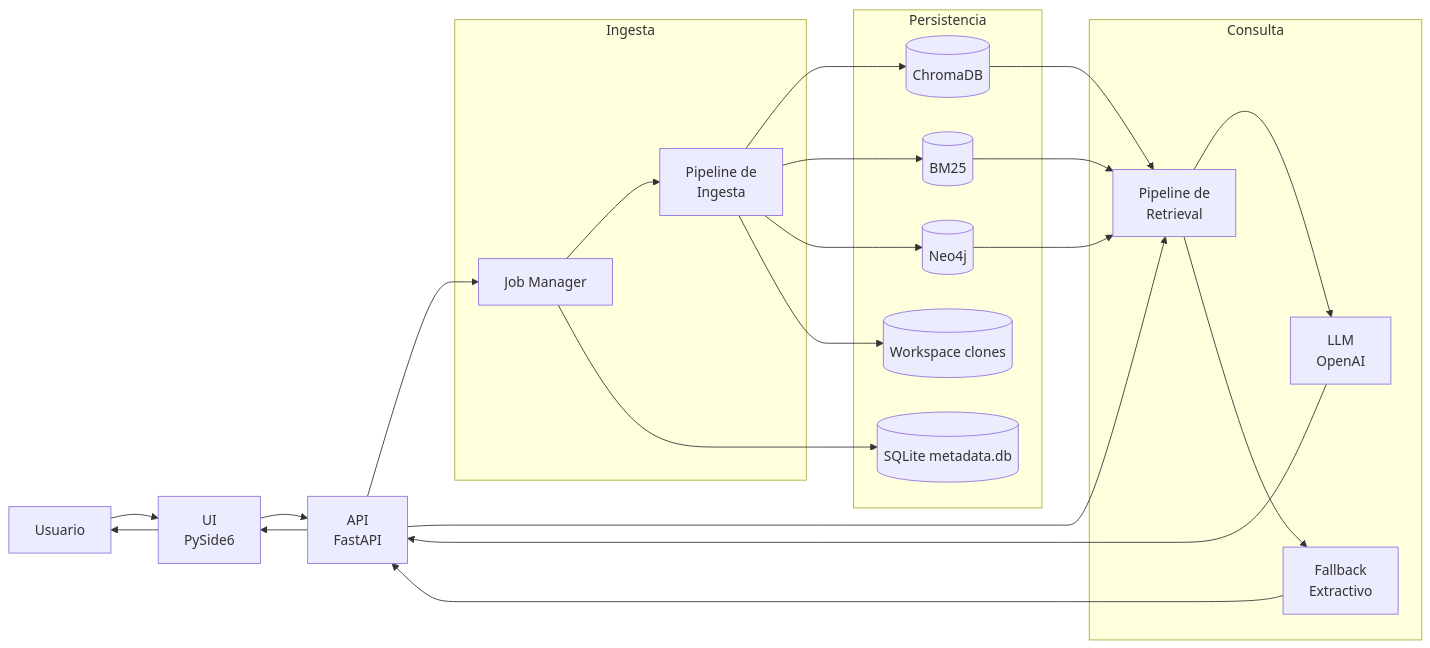
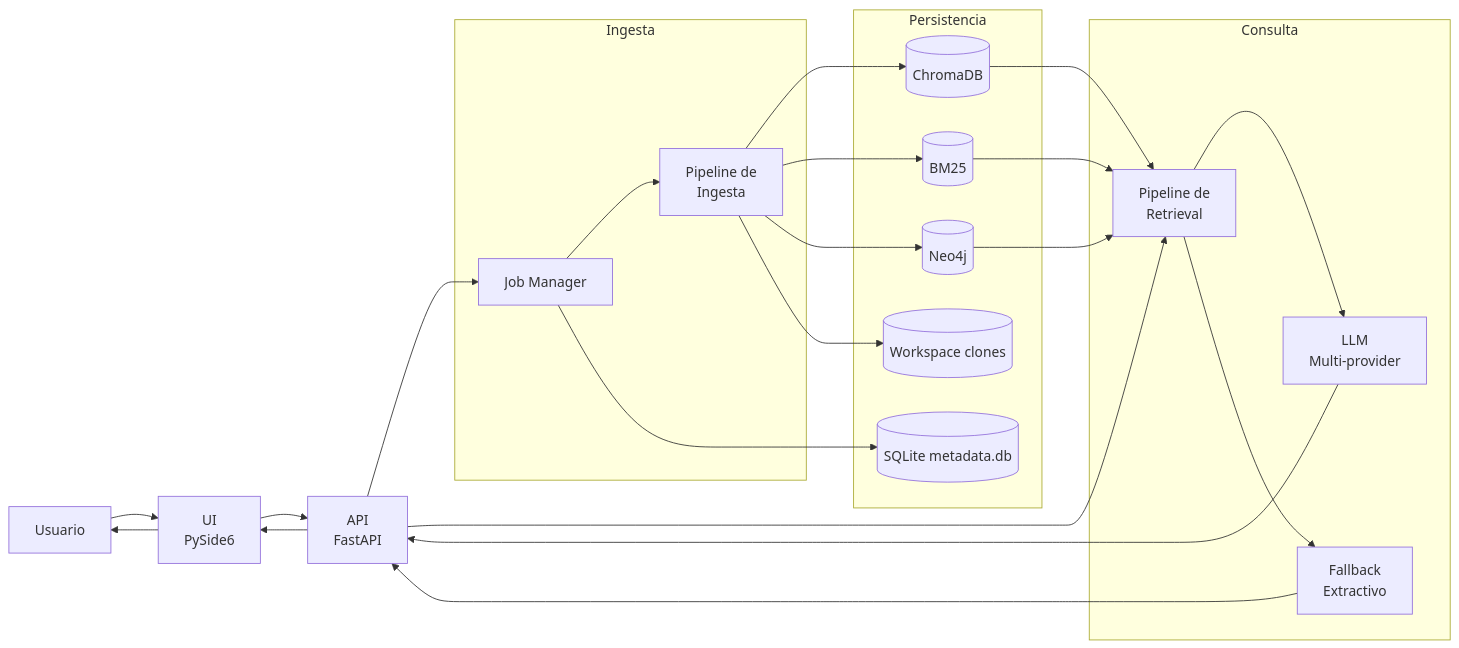
Before and after one commit to gherrerz/KDB-RAG-Repo: the first of 3 diagrams in README.md, drawn with Mermaid. The commit also changed other lines of this file and 1 other file, not shown here.

Commit message:
docs: update technical docs for multi-provider and providers models endpoint

````diff
--- a/README.md
+++ b/README.md
@@ -66,42 +67,42 @@
 ```mermaid
 %%{init: {'flowchart': {'htmlLabels': true, 'curve': 'basis', 'nodeSpacing': 40, 'rankSpacing': 55}}}%%
 flowchart LR
    U["Usuario"]
    UI["UI<br/>PySide6"]
    API["API<br/>FastAPI"]
 
    subgraph ING["Ingesta"]
       JOBS["Job Manager"]
       PIPEI["Pipeline de<br/>Ingesta"]
    end
 
    subgraph RET["Consulta"]
       PIPER["Pipeline de<br/>Retrieval"]
-      LLM["LLM<br/>OpenAI"]
+      LLM["LLM<br/>Multi-provider"]
       FBACK["Fallback<br/>Extractivo"]
    end
 
    subgraph STO["Persistencia"]
       CH[(ChromaDB)]
       BM[(BM25)]
       NEO[(Neo4j)]
       META[(SQLite metadata.db)]
       WS[(Workspace clones)]
    end
 
    U --> UI --> API
    API --> JOBS --> PIPEI
    PIPEI --> CH
    PIPEI --> BM
    PIPEI --> NEO
    PIPEI --> WS
    JOBS --> META
 
    API --> PIPER
    CH --> PIPER
    BM --> PIPER
    NEO --> PIPER
    PIPER --> LLM --> API
    PIPER --> FBACK --> API
    API --> UI --> U
 ```
````
